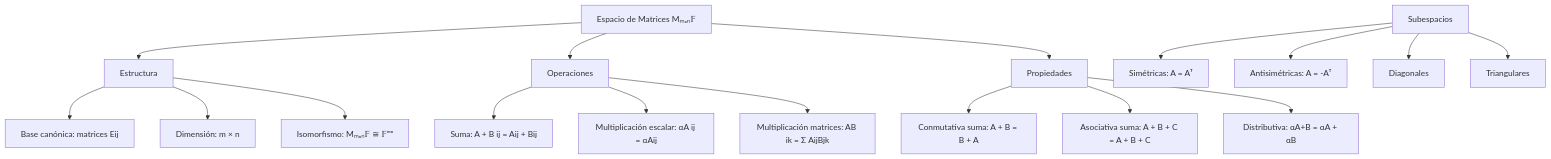
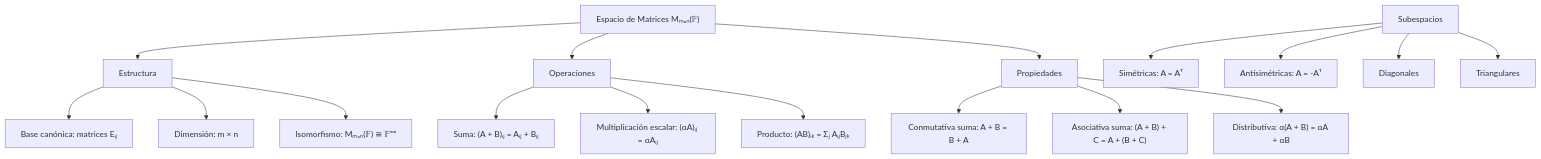
Before and after one commit to djaimej/computer-science-template: the second of 2 diagrams in public/documents/semester-3/1/3121.md, drawn with Mermaid. The commit also changed other lines of this file and 34 other files, not shown here.

````diff
--- a/public/documents/semester-3/1/3121.md
+++ b/public/documents/semester-3/1/3121.md
@@ -492,27 +510,27 @@
 ```mermaid
 graph TD
-    A[Espacio de Matrices Mₘₓₙ𝔽] --> B[Estructura]
+    A["Espacio de Matrices Mₘₓₙ(𝔽)"] --> B[Estructura]
     A --> C[Operaciones]
     A --> D[Propiedades]
 
-    B --> E[Base canónica: matrices Eij]
+    B --> E[Base canónica: matrices Eᵢⱼ]
     B --> F[Dimensión: m × n]
-    B --> G[Isomorfismo: Mₘₓₙ𝔽 ≅ 𝔽ᵐⁿ]
+    B --> G["Isomorfismo: Mₘₓₙ(𝔽) ≅ 𝔽ᵐⁿ"]
 
-    C --> H[Suma: A + B ij = Aij + Bij]
-    C --> I[Multiplicación escalar: αA ij = αAij]
-    C --> J[Multiplicación matrices: AB ik = Σ AijBjk]
+    C --> H["Suma: (A + B)ᵢⱼ = Aᵢⱼ + Bᵢⱼ"]
+    C --> I["Multiplicación escalar: (αA)ᵢⱼ = αAᵢⱼ"]
+    C --> J["Producto: (AB)ᵢₖ = Σⱼ AᵢⱼBⱼₖ"]
 
     D --> K[Conmutativa suma: A + B = B + A]
-    D --> L[Asociativa suma: A + B + C = A + B + C]
-    D --> M[Distributiva: αA+B = αA + αB]
+    D --> L["Asociativa suma: (A + B) + C = A + (B + C)"]
+    D --> M["Distributiva: α(A + B) = αA + αB"]
 
     N[Subespacios] --> O[Simétricas: A = Aᵀ]
     N --> P[Antisimétricas: A = -Aᵀ]
     N --> Q[Diagonales]
     N --> R[Triangulares]
 
     E:::inchworm
     F:::green
     H:::caribbean
 ```
````
